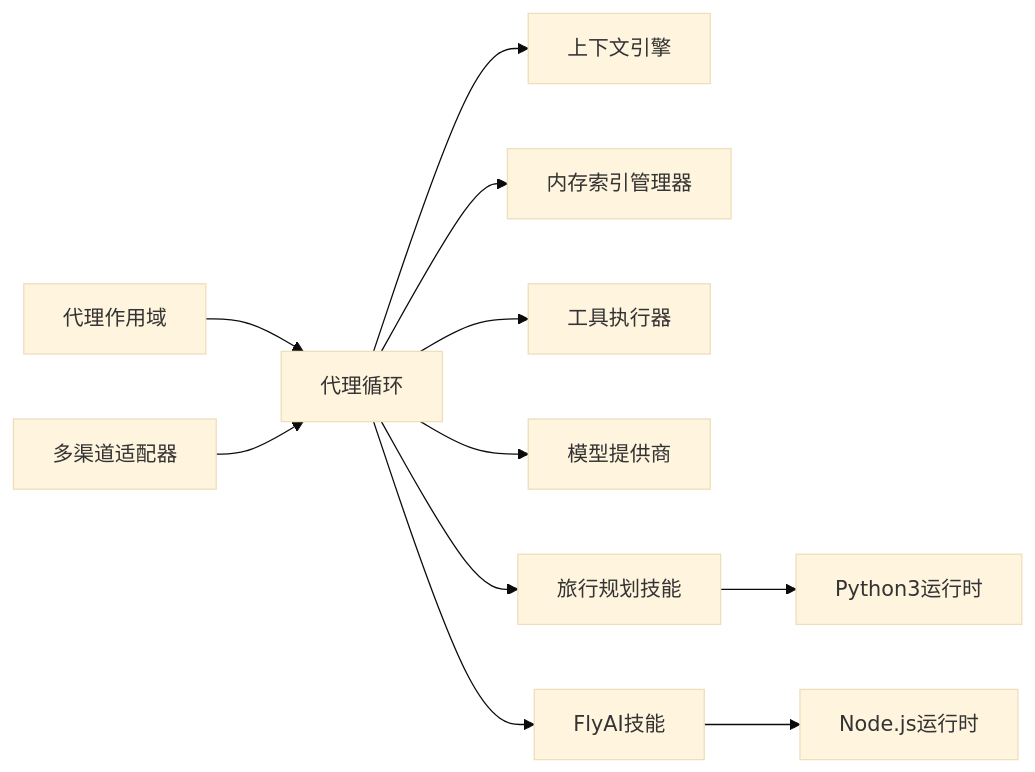
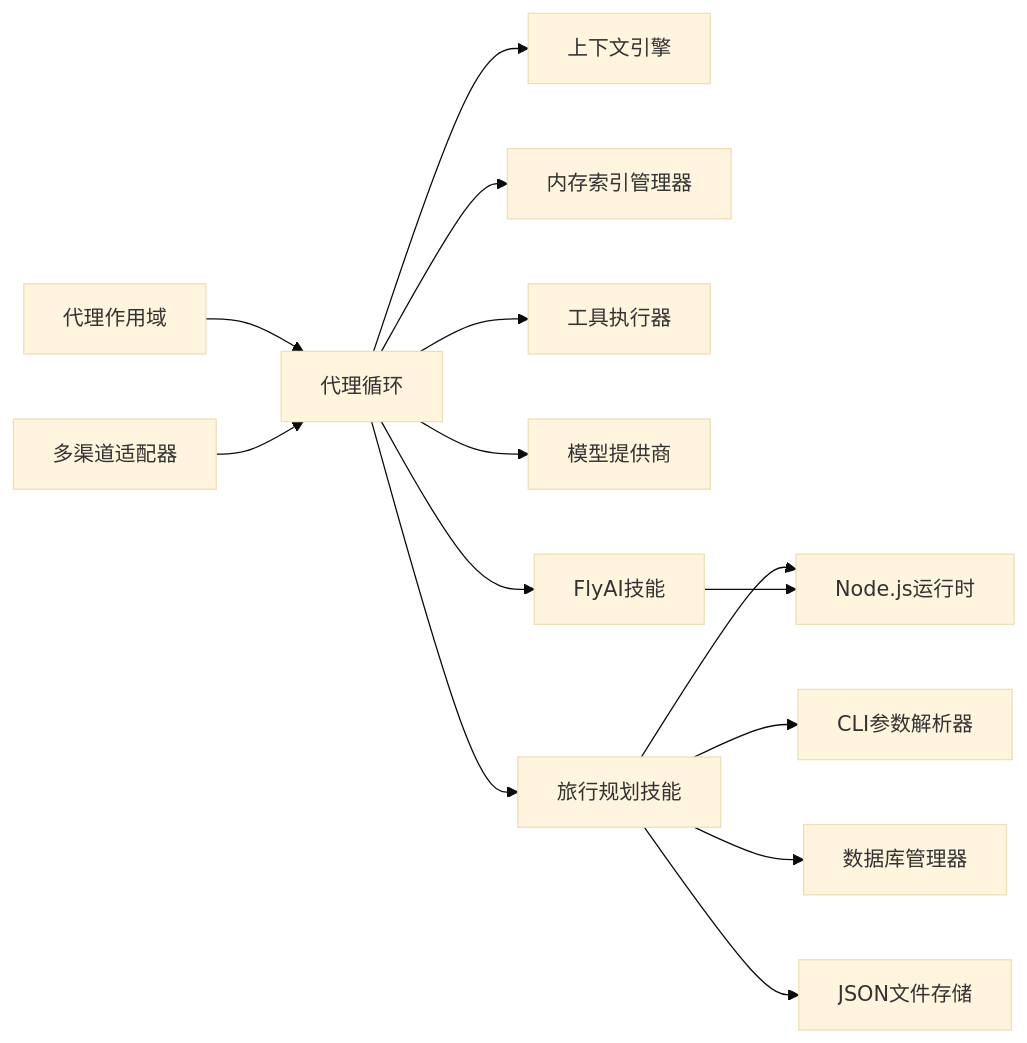
Before and after one commit to verse-ai-org/openclaw: diagram 11 of 11 in .qoder/repowiki/zh/content/AI代理系统/AI代理系统.md, drawn with Mermaid (base theme). The commit also changed other lines of this file and 74 other files, not shown here.

````diff
--- a/.qoder/repowiki/zh/content/AI代理系统/AI代理系统.md
+++ b/.qoder/repowiki/zh/content/AI代理系统/AI代理系统.md
@@ -413,13 +533,16 @@
 ```mermaid
 graph LR
 AgentScope["代理作用域"] --> AgentLoop["代理循环"]
 AgentLoop --> CE["上下文引擎"]
 AgentLoop --> Memory["内存索引管理器"]
 AgentLoop --> Tools["工具执行器"]
 AgentLoop --> Providers["模型提供商"]
 AgentLoop --> TravelSkills["旅行规划技能"]
 AgentLoop --> FlyAISkills["FlyAI技能"]
 Channels["多渠道适配器"] --> AgentLoop
-TravelSkills --> PythonRuntime["Python3运行时"]
-FlyAISkills --> NodeRuntime["Node.js运行时"]
+TravelSkills --> NodeRuntime["Node.js运行时"]
+TravelSkills --> CLIParser["CLI参数解析器"]
+TravelSkills --> DBManager["数据库管理器"]
+TravelSkills --> JSONStorage["JSON文件存储"]
+FlyAISkills --> NodeRuntime
 ```
````
